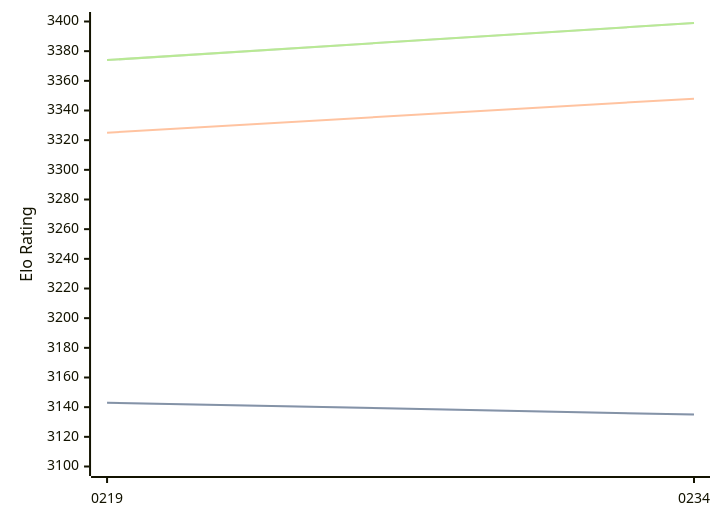
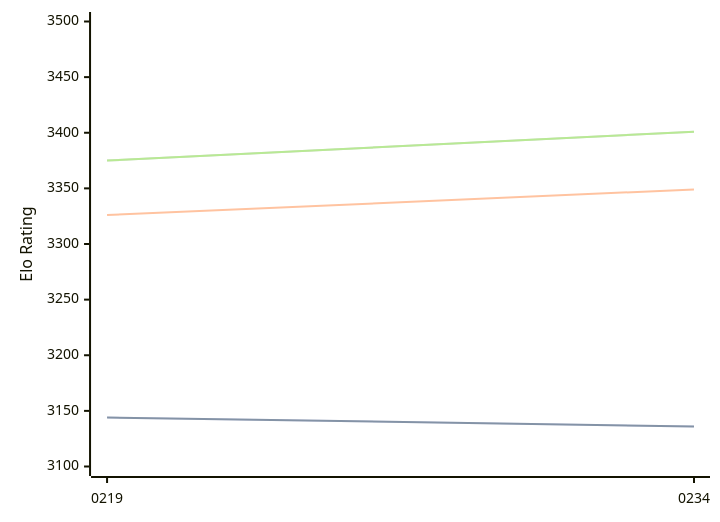
Before and after one commit to computer-chess-index/cci: the diagram in engines/Ynode.md, drawn with Mermaid. The commit also changed other lines of this file, not shown here.

Commit message:
Update CCI Ratings (ELO VLTC) - 2026-09-13

````diff
--- a/engines/Ynode.md
+++ b/engines/Ynode.md
@@ -32,11 +32,11 @@
 ```mermaid
 %%{init: {"theme":"base","themeVariables":{"seriesColors:['#a3a3a3','#222221','#faa371']}}}%%
 xychart-beta
   x-axis ["0219", "0234"]
-  y-axis "Elo Rating" 3100 --> 3400
-  line "" [3143, 3135]
-  line "STC (8.0+0.08s)" [3143, 3135]
-  line "LTC (60.0+0.60s)" [3325, 3348]
-  line "" [3374, 3399]
-  line "VLTC (2m24s+1.12s)" [3374, 3399]
+  y-axis "Elo Rating" 3100 --> 3500
+  line "" [3144, 3136]
+  line "STC (8.0+0.08s)" [3144, 3136]
+  line "LTC (60.0+0.60s)" [3326, 3349]
+  line "" [3375, 3401]
+  line "VLTC (2m24s+1.12s)" [3375, 3401]
 ```
````
